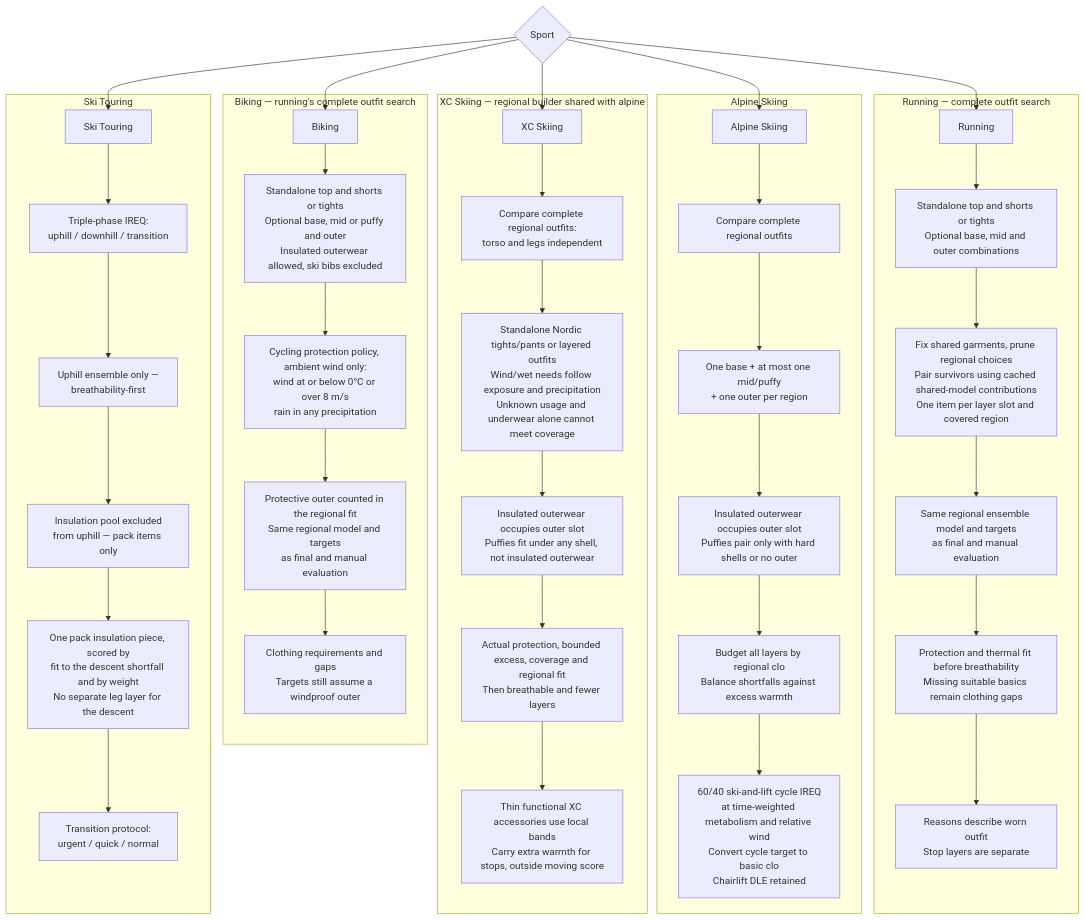
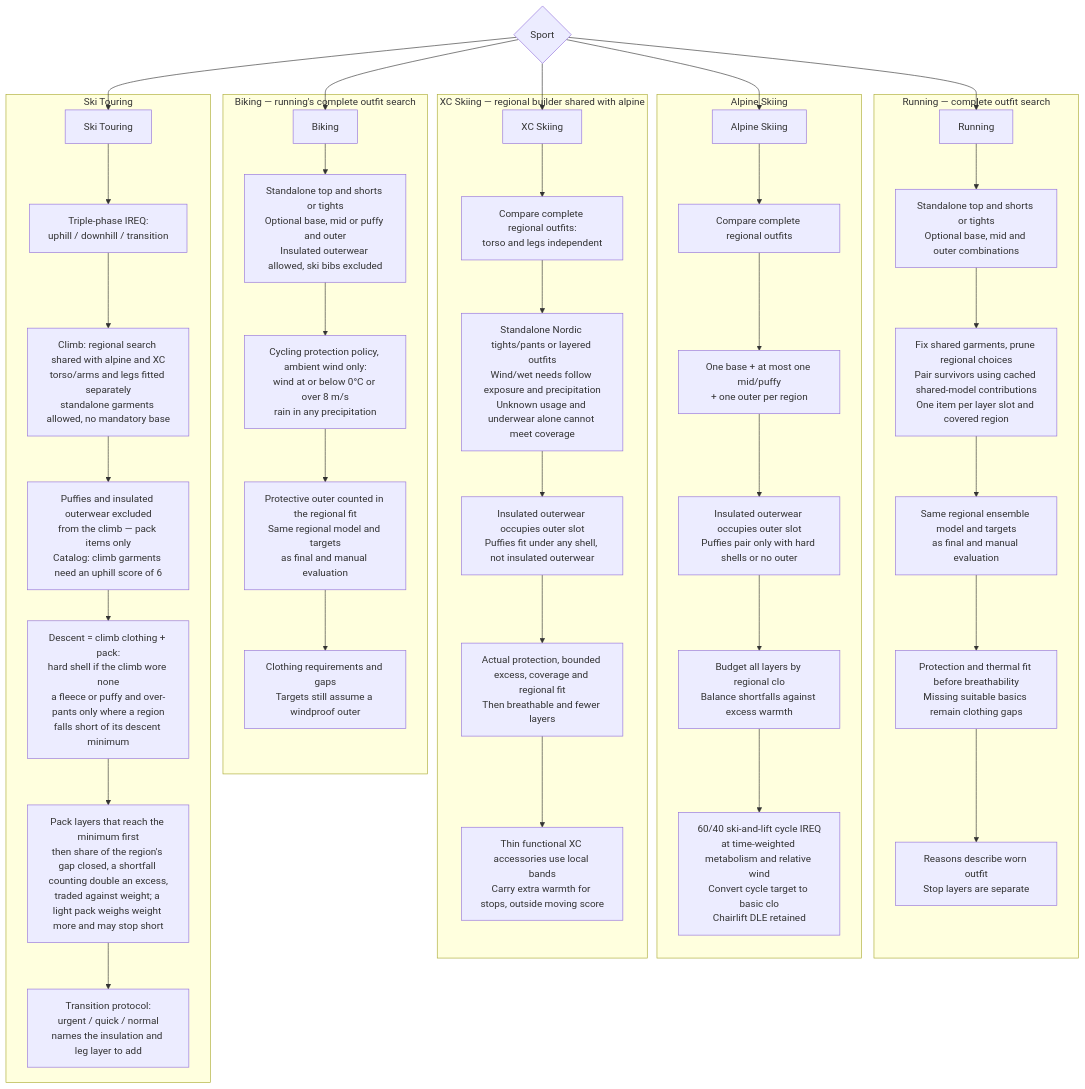
The fourth of 7 diagrams in README.md (derobertsw/swttr), drawn with Mermaid before and after one commit. The commit also changed other lines of this file and 13 other files, not shown here.

First line of the commit message:
Fit the touring climb per region and pack a descent leg layer (#372) (#394)

````diff
--- a/README.md
+++ b/README.md
@@ -192,47 +171,48 @@
 ```mermaid
 graph TD
     SPORT{Sport} --> RUN[Running]
     SPORT --> BIKE[Biking]
     SPORT --> ALP[Alpine Skiing]
     SPORT --> XC[XC Skiing]
     SPORT --> TOUR[Ski Touring]
 
     subgraph "Running — complete outfit search"
         RUN --> R1[Standalone top and shorts or tights<br/>Optional base, mid and outer combinations]
         R1 --> R2[Fix shared garments, prune regional choices<br/>Pair survivors using cached shared-model contributions<br/>One item per layer slot and covered region]
         R2 --> R3[Same regional ensemble model and targets<br/>as final and manual evaluation]
         R3 --> R4[Protection and thermal fit before breathability<br/>Missing suitable basics remain clothing gaps]
         R4 --> R5[Reasons describe worn outfit<br/>Stop layers are separate]
     end
 
     subgraph "Biking — running's complete outfit search"
         BIKE --> B1[Standalone top and shorts or tights<br/>Optional base, mid or puffy and outer<br/>Insulated outerwear allowed, ski bibs excluded]
         B1 --> B2[Cycling protection policy, ambient wind only:<br/>wind at or below 0°C or over 8 m/s<br/>rain in any precipitation]
         B2 --> B3[Protective outer counted in the regional fit<br/>Same regional model and targets<br/>as final and manual evaluation]
         B3 --> B4[Clothing requirements and gaps<br/>Targets still assume a windproof outer]
     end
 
     subgraph "Alpine Skiing"
         ALP --> A1[Compare complete regional outfits]
         A1 --> A2[One base + at most one mid/puffy<br/>+ one outer per region]
         A2 --> A3[Insulated outerwear occupies outer slot<br/>Puffies pair only with hard shells or no outer]
         A3 --> A4[Budget all layers by regional clo<br/>Balance shortfalls against excess warmth]
         A4 --> A5[60/40 ski-and-lift cycle IREQ<br/>at time-weighted metabolism and relative wind<br/>Convert cycle target to basic clo<br/>Chairlift DLE retained]
     end
 
     subgraph "XC Skiing — regional builder shared with alpine"
         XC --> X1[Compare complete regional outfits:<br/>torso and legs independent]
         X1 --> X2[Standalone Nordic tights/pants or layered outfits<br/>Wind/wet needs follow exposure and precipitation<br/>Unknown usage and underwear alone cannot meet coverage]
         X2 --> X3[Insulated outerwear occupies outer slot<br/>Puffies fit under any shell, not insulated outerwear]
         X3 --> X4[Actual protection, bounded excess, coverage and regional fit<br/>Then breathable and fewer layers]
         X4 --> X5[Thin functional XC accessories use local bands<br/>Carry extra warmth for stops, outside moving score]
     end
 
     subgraph "Ski Touring"
         TOUR --> T1a[Triple-phase IREQ:<br/>uphill / downhill / transition]
-        T1a --> T2a[Uphill ensemble only —<br/>breathability-first]
-        T2a --> T3a[Insulation pool excluded<br/>from uphill — pack items only]
-        T3a --> T4a[One pack insulation piece, scored by<br/>fit to the descent shortfall and by weight<br/>No separate leg layer for the descent]
-        T4a --> T5a[Transition protocol:<br/>urgent / quick / normal]
+        T1a --> T2a[Climb: regional search shared with alpine and XC<br/>torso/arms and legs fitted separately<br/>standalone garments allowed, no mandatory base]
+        T2a --> T3a[Puffies and insulated outerwear excluded<br/>from the climb — pack items only<br/>Catalog: climb garments need an uphill score of 6]
+        T3a --> T4a[Descent = climb clothing + pack:<br/>hard shell if the climb wore none<br/>a fleece or puffy and over-pants only where a region<br/>falls short of its descent minimum]
+        T4a --> T6a[Pack layers that reach the minimum first<br/>then share of the region's gap closed, a shortfall counting double an excess,<br/>traded against weight; a light pack weighs weight more and may stop short]
+        T6a --> T5a[Transition protocol:<br/>urgent / quick / normal<br/>names the insulation and leg layer to add]
     end
 ```
````
